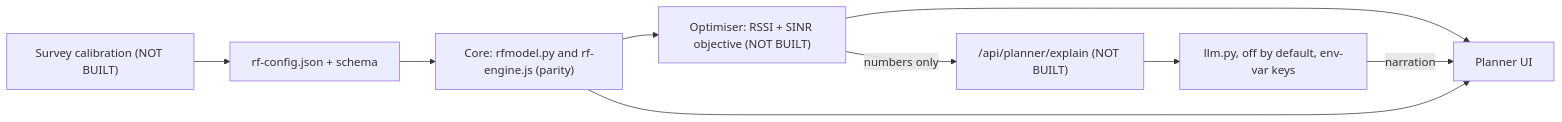
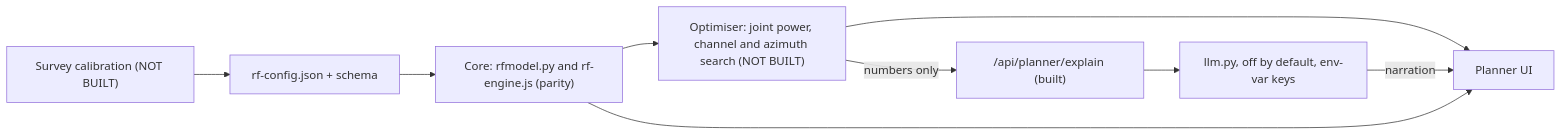
The second of 2 diagrams in docs/platform/03-architecture.md (MiChaelinzo/irl-wallhack), drawn with Mermaid before and after one commit. The commit also changed other lines of this file and 43 other files, not shown here.

Commit message:
docs: RF lab status table, CONTRIBUTING, architecture, methodology, optimization guide, regenerated screenshots

````diff
--- a/docs/platform/03-architecture.md
+++ b/docs/platform/03-architecture.md
@@ -55,18 +68,18 @@
 ```mermaid
 flowchart LR
   CFG[rf-config.json + schema]
   CORE["Core: rfmodel.py and rf-engine.js (parity)"]
   SURVEY["Survey calibration (NOT BUILT)"]
-  OPT["Optimiser: RSSI + SINR objective (NOT BUILT)"]
-  EXPL["/api/planner/explain (NOT BUILT)"]
+  OPT["Optimiser: joint power, channel and azimuth search (NOT BUILT)"]
+  EXPL["/api/planner/explain (built)"]
   LLM["llm.py, off by default, env-var keys"]
   UI[Planner UI]
   CFG --> CORE
   SURVEY --> CFG
   CORE --> OPT
   OPT --> UI
   OPT -->|numbers only| EXPL
   EXPL --> LLM
   LLM -->|narration| UI
   CORE --> UI
 ```
````
